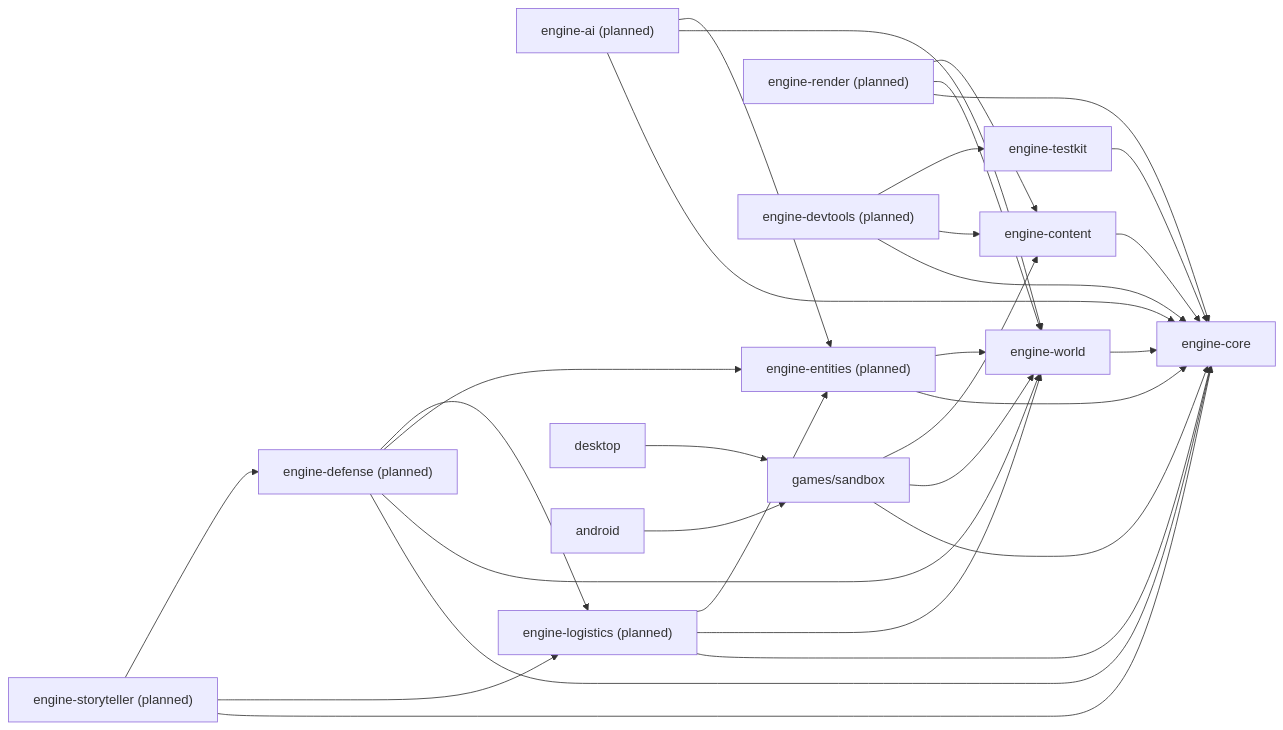
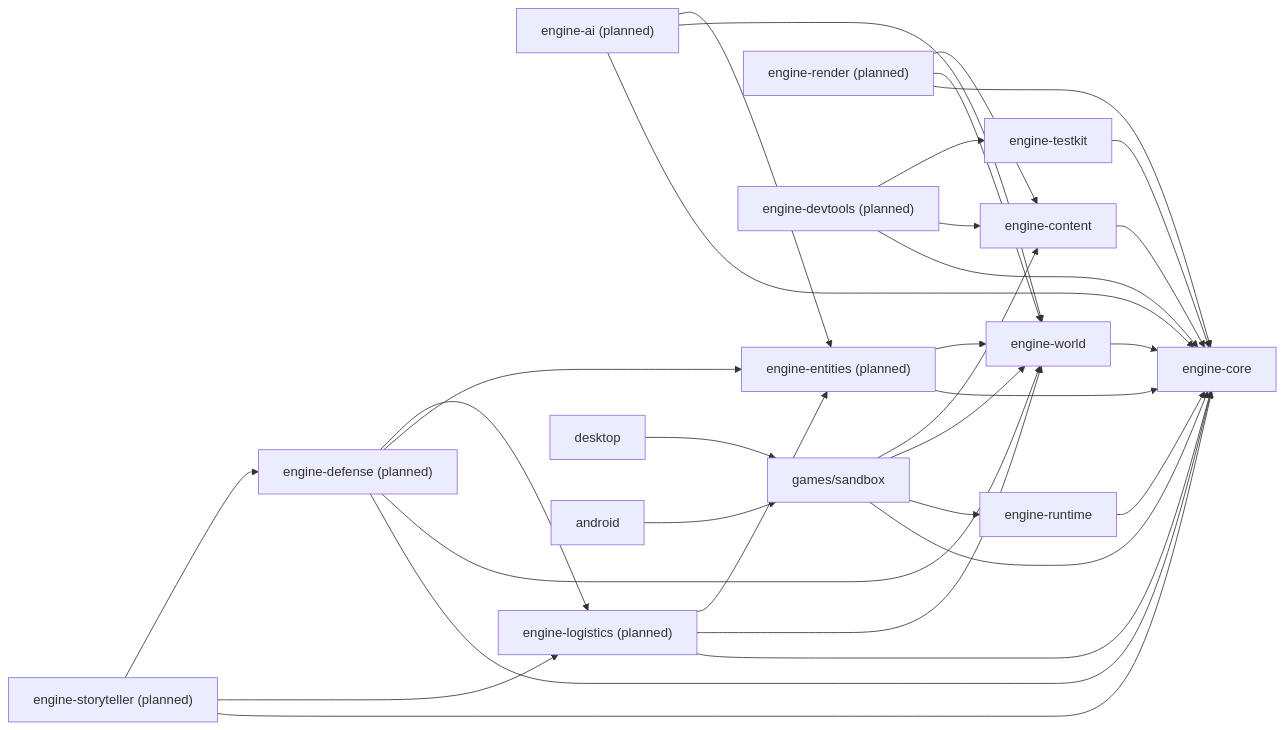
The first of 2 diagrams in docs/ARCHITECTURE.md (desvingns/MyEngine), drawn with Mermaid before and after one commit. The commit also changed other lines of this file and 16 other files, not shown here.

````diff
--- a/docs/ARCHITECTURE.md
+++ b/docs/ARCHITECTURE.md
@@ -12,47 +12,50 @@
 ```mermaid
 flowchart LR
     core["engine-core"]
+    runtime["engine-runtime"]
     world["engine-world"]
     content["engine-content"]
     testkit["engine-testkit"]
     entities["engine-entities (planned)"]
     ai["engine-ai (planned)"]
     logistics["engine-logistics (planned)"]
     defense["engine-defense (planned)"]
     storyteller["engine-storyteller (planned)"]
     render["engine-render (planned)"]
     devtools["engine-devtools (planned)"]
     sandbox["games/sandbox"]
     desktop["desktop"]
     android["android"]
 
     world --> core
+    runtime --> core
     content --> core
     testkit --> core
     entities --> core
     entities --> world
     ai --> core
     ai --> world
     ai --> entities
     logistics --> core
     logistics --> world
     logistics --> entities
     defense --> core
     defense --> world
     defense --> entities
     defense --> logistics
     storyteller --> core
     storyteller --> logistics
     storyteller --> defense
     render --> core
     render --> world
     render --> content
     sandbox --> core
+    sandbox --> runtime
     sandbox --> world
     sandbox --> content
     desktop --> sandbox
     android --> sandbox
     devtools --> core
     devtools --> content
     devtools --> testkit
 ```
````
